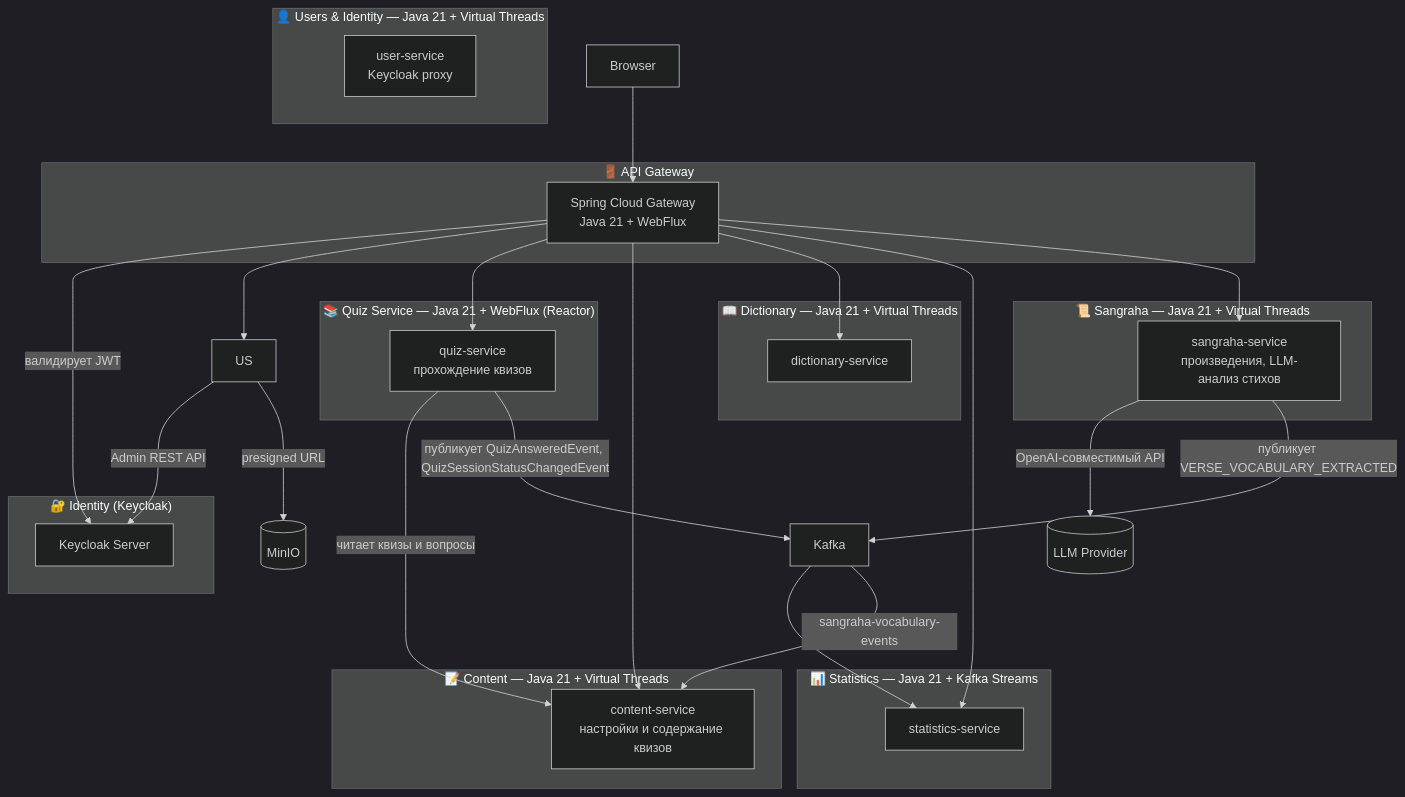
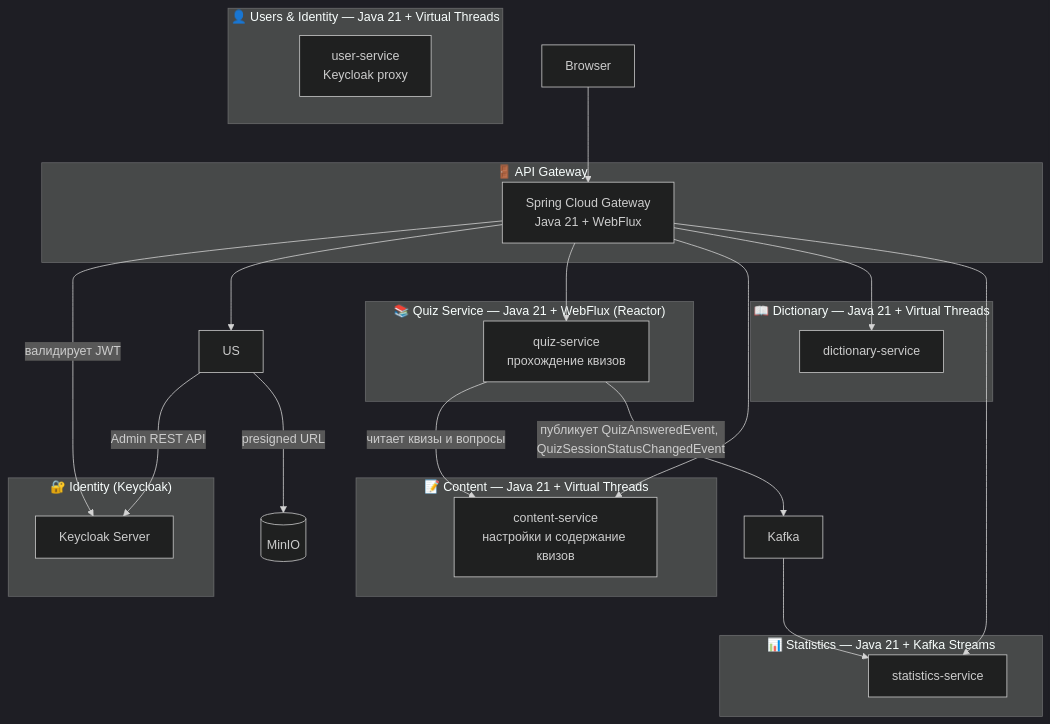
One commit to sergijm/samskrtam changed the diagram in docs/README.md. Above: the diagram before and after it, drawn with Mermaid (dark theme). The commit also changed other lines of this file and 34 other files, not shown here.

````diff
--- a/docs/README.md
+++ b/docs/README.md
@@ -63,51 +62,43 @@
 ```mermaid
 graph TD
   subgraph Identity ["🔐 Identity (Keycloak)"]
     KC[Keycloak Server]
   end
 
   subgraph Gateway ["🚪 API Gateway"]
     GW[Spring Cloud Gateway\nJava 21 + WebFlux]
   end
 
   subgraph IdentityUsers ["👤 Users & Identity — Java 21 + Virtual Threads"]
     AS[user-service\nKeycloak proxy]
   end
 
   subgraph Content ["📝 Content — Java 21 + Virtual Threads"]
     CS[content-service\nнастройки и содержание квизов]
   end
 
   subgraph Quiz ["📚 Quiz Service — Java 21 + WebFlux (Reactor)"]
     QS[quiz-service\nпрохождение квизов]
   end
 
   subgraph Dictionary ["📖 Dictionary — Java 21 + Virtual Threads"]
     DS[dictionary-service]
   end
 
   subgraph Stats ["📊 Statistics — Java 21 + Kafka Streams"]
     ST[statistics-service]
   end
 
-  subgraph Sangraha ["📜 Sangraha — Java 21 + Virtual Threads"]
-    SG[sangraha-service\nпроизведения, LLM-анализ стихов]
-  end
-
   Browser --> GW
   GW -->|валидирует JWT| KC
   GW --> US
   US -->|Admin REST API| KC
   US -->|presigned URL| MinIO[(MinIO)]
   GW --> QS
   GW --> CS
   GW --> DS
   GW --> ST
-  GW --> SG
   QS -->|читает квизы и вопросы| CS
   QS -->|публикует QuizAnsweredEvent, QuizSessionStatusChangedEvent| Kafka
   Kafka --> ST
-  SG -->|OpenAI-совместимый API| LLM[(LLM Provider)]
-  SG -->|публикует VERSE_VOCABULARY_EXTRACTED| Kafka
-  Kafka -->|sangraha-vocabulary-events| CS
 ```
````
